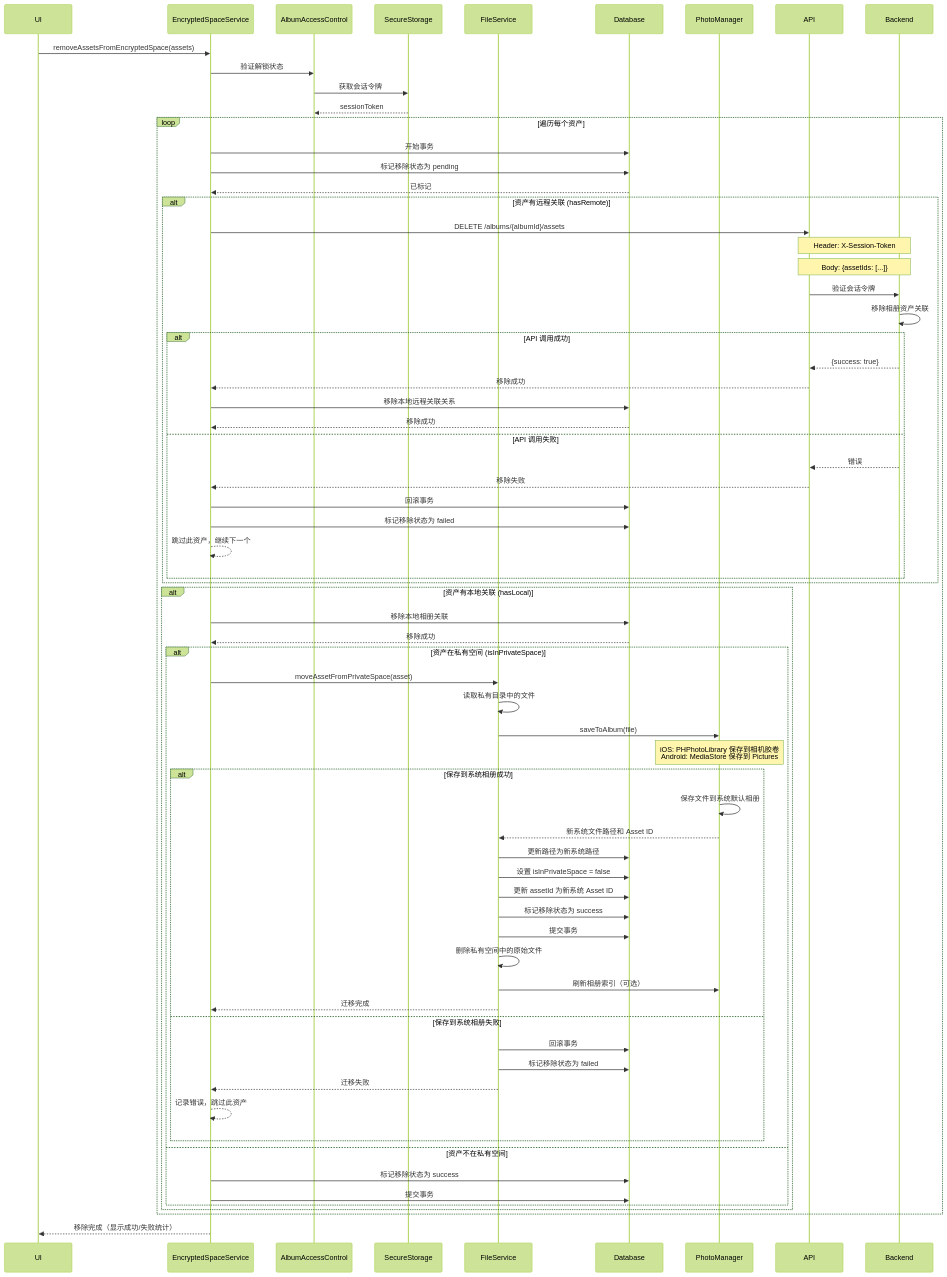
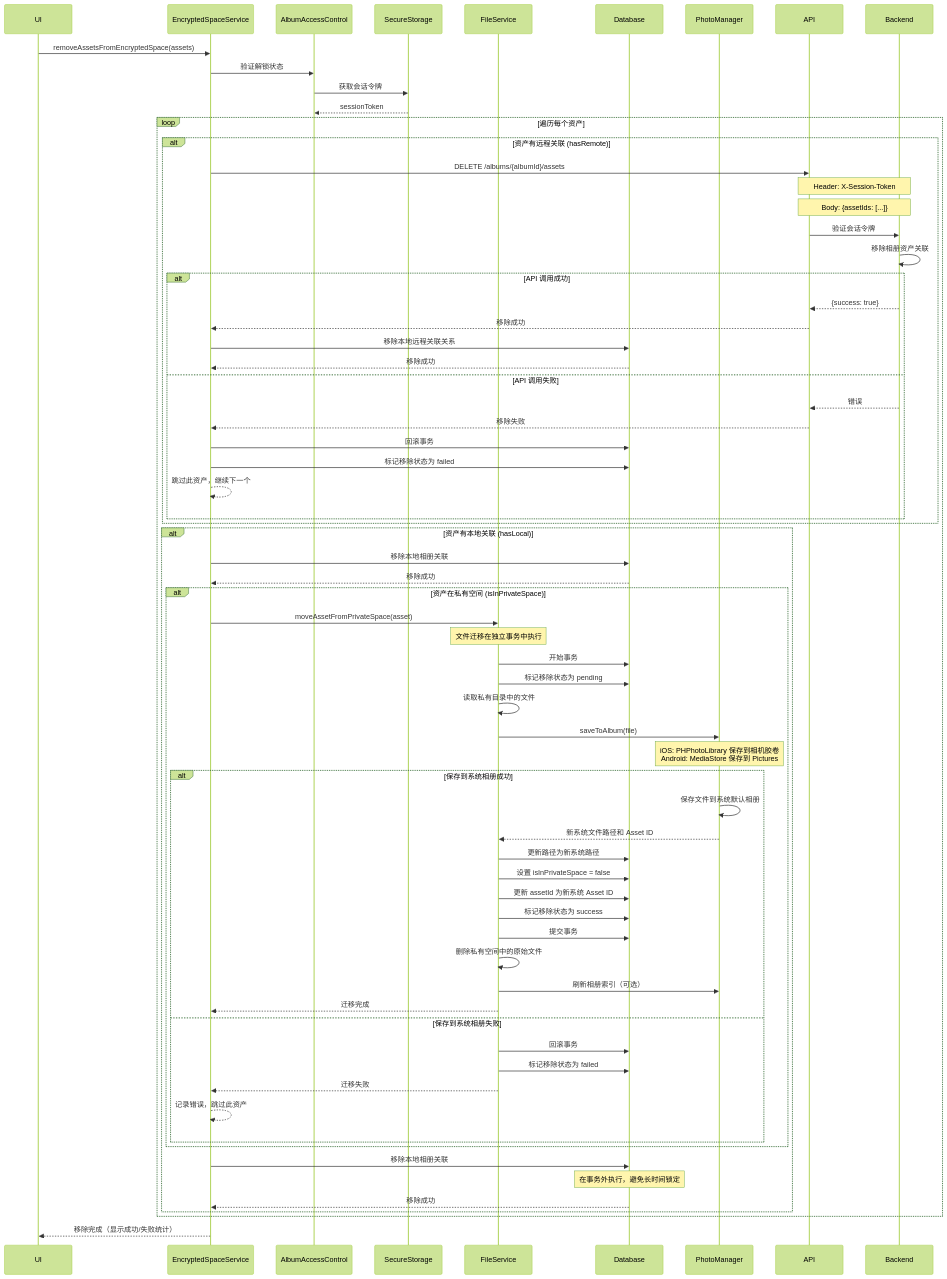
The fifth of 8 diagrams in prismbox_mobile/doc/modules/加密空间功能详细方案.md (skyline93/prismbox), drawn with Mermaid (forest theme) before and after one commit. The commit also changed other lines of this file and 6 other files, not shown here.

First line of the commit message:
Implement user-configurable auto-lock timeout for encrypted space

```diff
--- a/prismbox_mobile/doc/modules/加密空间功能详细方案.md
+++ b/prismbox_mobile/doc/modules/加密空间功能详细方案.md
@@ -432,11 +450,6 @@
     SecureStorage-->>AlbumAccessControl: sessionToken
     
     loop 遍历每个资产
-        EncryptedSpaceService->>Database: 开始事务
-        
-        EncryptedSpaceService->>Database: 标记移除状态为 pending
-        Database-->>EncryptedSpaceService: 已标记
-        
         alt 资产有远程关联 (hasRemote)
             EncryptedSpaceService->>API: DELETE /albums/{albumId}/assets
             Note over API,Backend: Header: X-Session-Token
@@ -464,6 +477,10 @@
             
             alt 资产在私有空间 (isInPrivateSpace)
                 EncryptedSpaceService->>FileService: moveAssetFromPrivateSpace(asset)
+                Note over FileService: 文件迁移在独立事务中执行
+                
+                FileService->>Database: 开始事务
+                FileService->>Database: 标记移除状态为 pending
                 
                 FileService->>FileService: 读取私有目录中的文件
                 
@@ -490,10 +507,11 @@
                     FileService-->>EncryptedSpaceService: 迁移失败
                     EncryptedSpaceService-->>EncryptedSpaceService: 记录错误，跳过此资产
                 end
-            else 资产不在私有空间
-                EncryptedSpaceService->>Database: 标记移除状态为 success
-                EncryptedSpaceService->>Database: 提交事务
             end
+            
+            EncryptedSpaceService->>Database: 移除本地相册关联
+            Note over Database: 在事务外执行，避免长时间锁定
+            Database-->>EncryptedSpaceService: 移除成功
         end
     end
     
```
